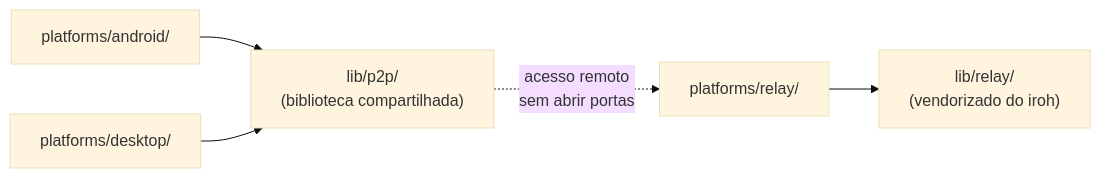
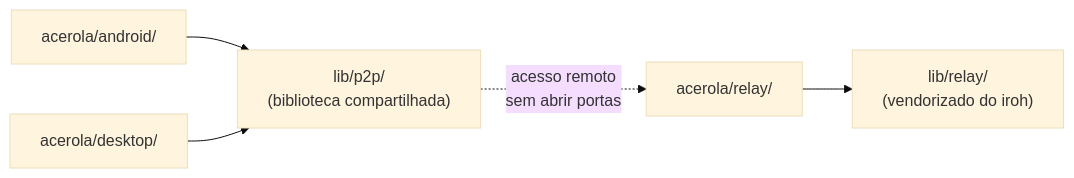
One commit to Vinicius-Gabriel-P-Leitao/acerola-reader changed the diagram in README.md. Above: the diagram before and after it, drawn with Mermaid (base theme). The commit also changed other lines of this file and 1203 other files, not shown here.

First line of the commit message:
[chore](monorepo): renomeia platforms/ para acerola/

````diff
--- a/README.md
+++ b/README.md
@@ -17,7 +17,7 @@
 ```mermaid
 flowchart LR
-    Android["platforms/android/"] --> P2P["lib/p2p/\n(biblioteca compartilhada)"]
-    Desktop["platforms/desktop/"] --> P2P
-    Relay["platforms/relay/"] --> RelayLib["lib/relay/\n(vendorizado do iroh)"]
+    Android["acerola/android/"] --> P2P["lib/p2p/\n(biblioteca compartilhada)"]
+    Desktop["acerola/desktop/"] --> P2P
+    Relay["acerola/relay/"] --> RelayLib["lib/relay/\n(vendorizado do iroh)"]
     P2P -.->|"acesso remoto\nsem abrir portas"| Relay
 ```
````
